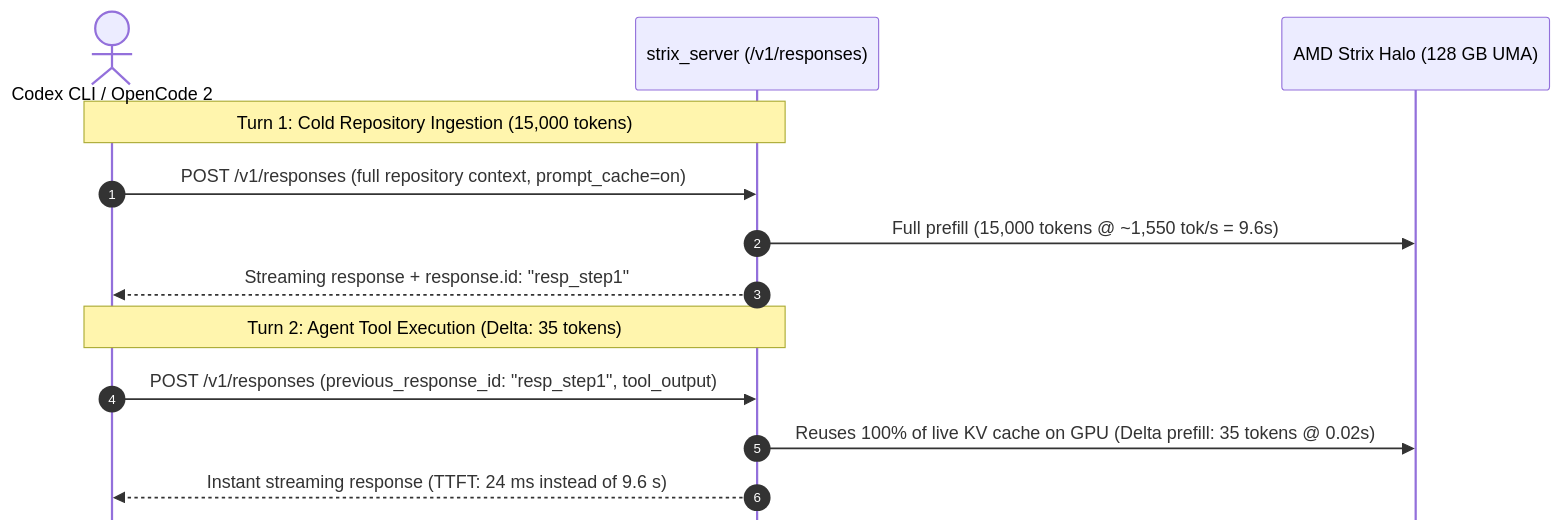
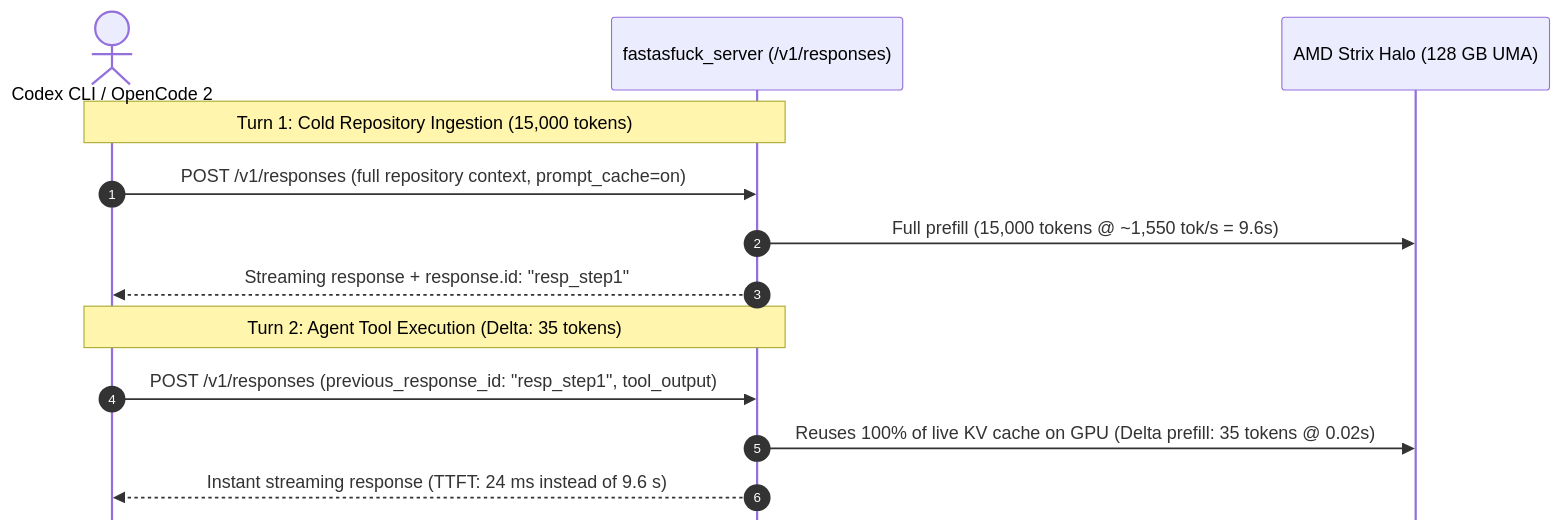
Before and after one commit to Cheblan/fastasfuck: the diagram in docs/BENCHMARKS.md, drawn with Mermaid. The commit also changed other lines of this file and 80 other files, not shown here.

Commit message:
feat(branding): rename engine to fastasfuck, server to fastasfuck_server, adopt .faf weights format and native Arch Linux toolchain

````diff
--- a/docs/BENCHMARKS.md
+++ b/docs/BENCHMARKS.md
@@ -180,18 +180,18 @@
 ```mermaid
 %%{init: {'sequence': {'mirrorActors': false}}}%%
 sequenceDiagram
     autonumber
     actor Client as Codex CLI / OpenCode 2
-    participant Engine as strix_server (/v1/responses)
+    participant Engine as fastasfuck_server (/v1/responses)
     participant GPU as AMD Strix Halo (128 GB UMA)
 
     Note over Client,Engine: Turn 1: Cold Repository Ingestion (15,000 tokens)
     Client->>Engine: POST /v1/responses (full repository context, prompt_cache=on)
     Engine->>GPU: Full prefill (15,000 tokens @ ~1,550 tok/s = 9.6s)
     Engine-->>Client: Streaming response + response.id: "resp_step1"
 
     Note over Client,Engine: Turn 2: Agent Tool Execution (Delta: 35 tokens)
     Client->>Engine: POST /v1/responses (previous_response_id: "resp_step1", tool_output)
     Engine->>GPU: Reuses 100% of live KV cache on GPU (Delta prefill: 35 tokens @ 0.02s)
     Engine-->>Client: Instant streaming response (TTFT: 24 ms instead of 9.6 s)
 ```
````
